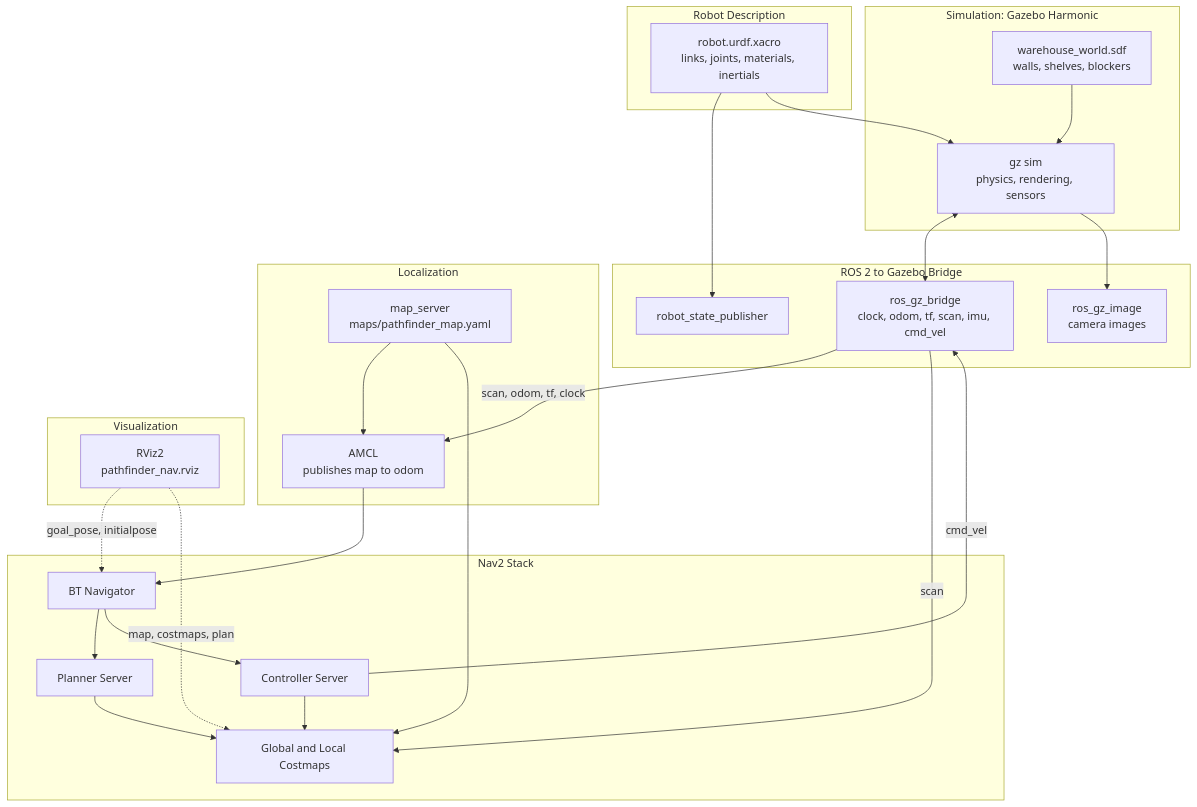
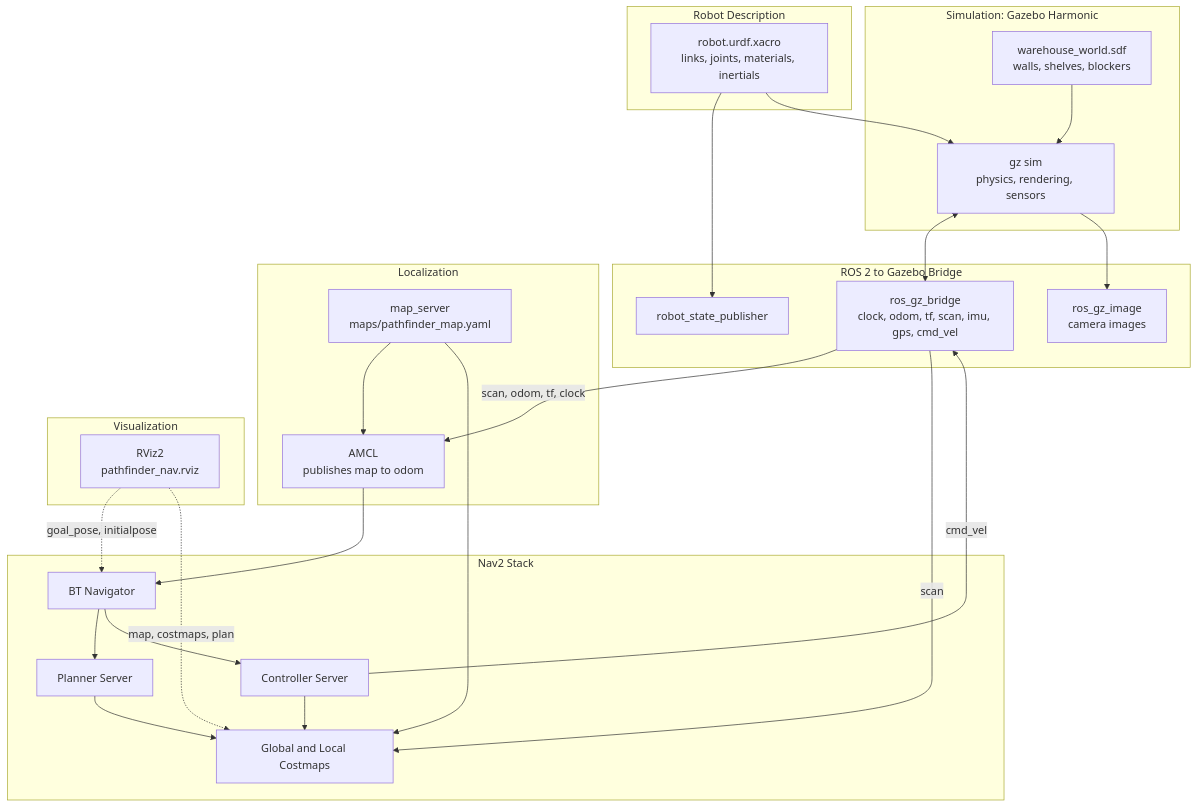
Before and after one commit to KanishkaHarwani/pathfinder_bot: the first of 2 diagrams in docs/Architecture.md, drawn with Mermaid. The commit also changed other lines of this file and 1 other file, not shown here.

````diff
--- a/docs/Architecture.md
+++ b/docs/Architecture.md
@@ -33,51 +33,51 @@
 ```mermaid
 flowchart TB
     subgraph Description["Robot Description"]
         URDF["robot.urdf.xacro<br/>links, joints, materials, inertials"]
     end
 
     subgraph Sim["Simulation: Gazebo Harmonic"]
         GZ["gz sim<br/>physics, rendering, sensors"]
         World["warehouse_world.sdf<br/>walls, shelves, blockers"]
     end
 
     subgraph Bridge["ROS 2 to Gazebo Bridge"]
         RSP["robot_state_publisher"]
-        PB["ros_gz_bridge<br/>clock, odom, tf, scan, imu, cmd_vel"]
+        PB["ros_gz_bridge<br/>clock, odom, tf, scan, imu, gps, cmd_vel"]
         IB["ros_gz_image<br/>camera images"]
     end
 
     subgraph Loc["Localization"]
         Map["map_server<br/>maps/pathfinder_map.yaml"]
         AMCL["AMCL<br/>publishes map to odom"]
     end
 
     subgraph Nav["Nav2 Stack"]
         BT["BT Navigator"]
         Planner["Planner Server"]
         Controller["Controller Server"]
         Costmaps["Global and Local Costmaps"]
     end
 
     subgraph Viz["Visualization"]
         RViz["RViz2<br/>pathfinder_nav.rviz"]
     end
 
     URDF --> RSP
     URDF --> GZ
     World --> GZ
     GZ <--> PB
     GZ --> IB
     PB -- "scan, odom, tf, clock" --> AMCL
     PB -- "scan" --> Costmaps
     Map --> AMCL
     Map --> Costmaps
     AMCL --> BT
     BT --> Planner
     BT --> Controller
     Planner --> Costmaps
     Controller --> Costmaps
     Controller -- "cmd_vel" --> PB
     RViz -. "goal_pose, initialpose" .-> BT
     RViz -. "map, costmaps, plan" .-> Costmaps
 ```
````
